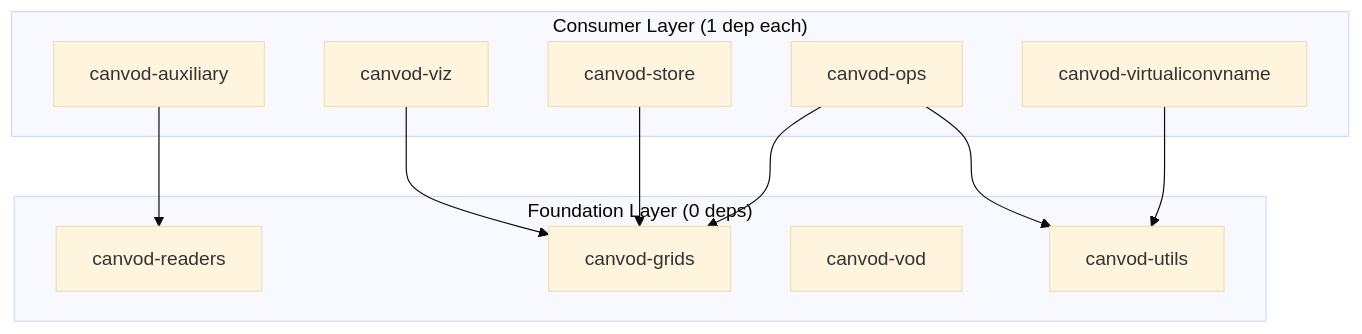
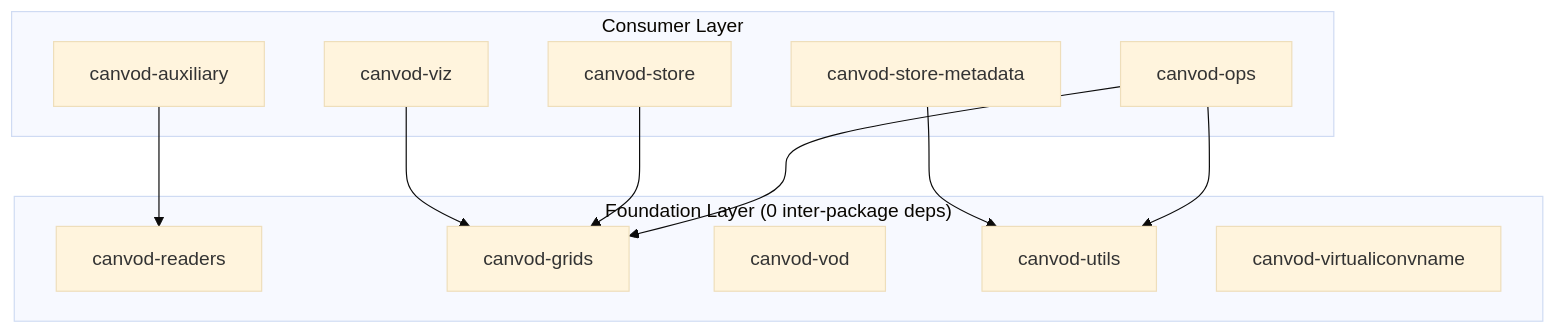
Before and after one commit to konstantinschellenberg/canvodpy: the diagram in docs/dependencies.md, drawn with Mermaid (base theme). The commit also changed other lines of this file and 23 other files, not shown here.

````diff
--- a/docs/dependencies.md
+++ b/docs/dependencies.md
@@ -9,24 +9,25 @@
 ```mermaid
 graph TD
-    subgraph CONSUMERS["Consumer Layer (1 dep each)"]
+    subgraph CONSUMERS["Consumer Layer"]
         AUX["canvod-auxiliary"]
         VIZ["canvod-viz"]
         STORE["canvod-store"]
+        STOREMETA["canvod-store-metadata"]
         OPS["canvod-ops"]
-        NAMING["canvod-virtualiconvname"]
     end
 
-    subgraph FOUNDATION["Foundation Layer (0 deps)"]
+    subgraph FOUNDATION["Foundation Layer (0 inter-package deps)"]
         READERS["canvod-readers"]
         GRIDS["canvod-grids"]
         VOD["canvod-vod"]
         UTILS["canvod-utils"]
+        NAMING["canvod-virtualiconvname"]
     end
 
     AUX   --> READERS
     VIZ   --> GRIDS
     STORE --> GRIDS
+    STOREMETA --> UTILS
     OPS   --> GRIDS
     OPS   --> UTILS
-    NAMING --> UTILS
 ```
````
